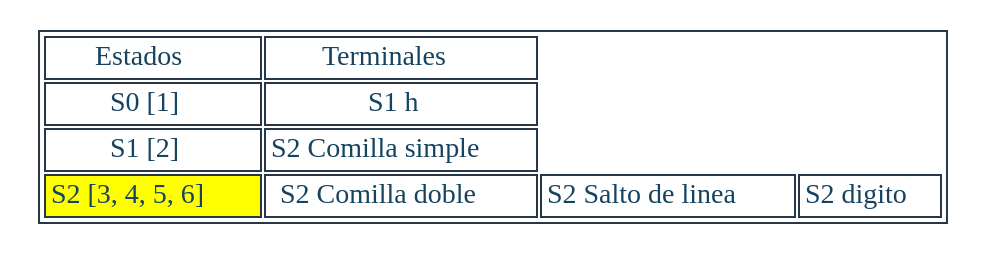
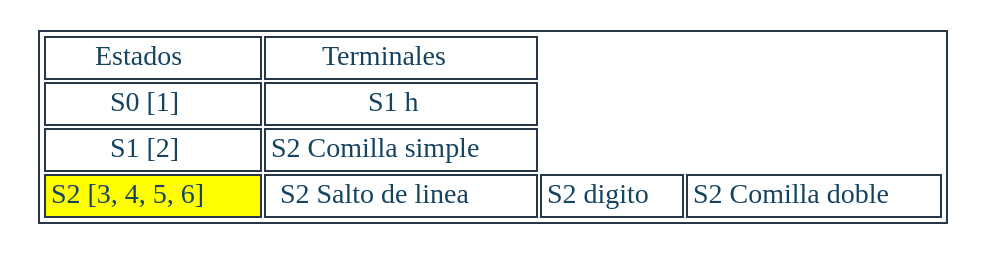
One commit to JeffMendez/OCL_Proyecto1_201901557 changed the diagram in Regexive/archivos/TRANSICIONES_201901557/EXP4.dot. Above: the diagram before and after it, drawn with Graphviz. The commit also changed 54 other files, not shown here.

```diff
--- a/Regexive/archivos/TRANSICIONES_201901557/EXP4.dot
+++ b/Regexive/archivos/TRANSICIONES_201901557/EXP4.dot
@@ -1,14 +1,14 @@
 digraph T {
 aHtmlTable [
    shape=plaintext
    color="#283747" fontcolor="#154360" label=<
 
    <table border='1' cellborder='1'>
    <tr>
       <td>Estados</td>
       <td>Terminales</td>
-   </tr><tr><td>S0 [1]</td><td>S1 h</td></tr><tr><td>S1 [2]</td><td>S2 Comilla simple</td></tr><tr><td bgcolor="yellow"> S2 [3, 4, 5, 6]</td><td>S2 Comilla doble</td><td>S2 Salto de linea</td><td>S2 digito</td></tr></table>
+   </tr><tr><td>S0 [1]</td><td>S1 h</td></tr><tr><td>S1 [2]</td><td>S2 Comilla simple</td></tr><tr><td bgcolor="yellow"> S2 [3, 4, 5, 6]</td><td>S2 Salto de linea</td><td>S2 digito</td><td>S2 Comilla doble</td></tr></table>
 
    >]; 
 
 }
```
